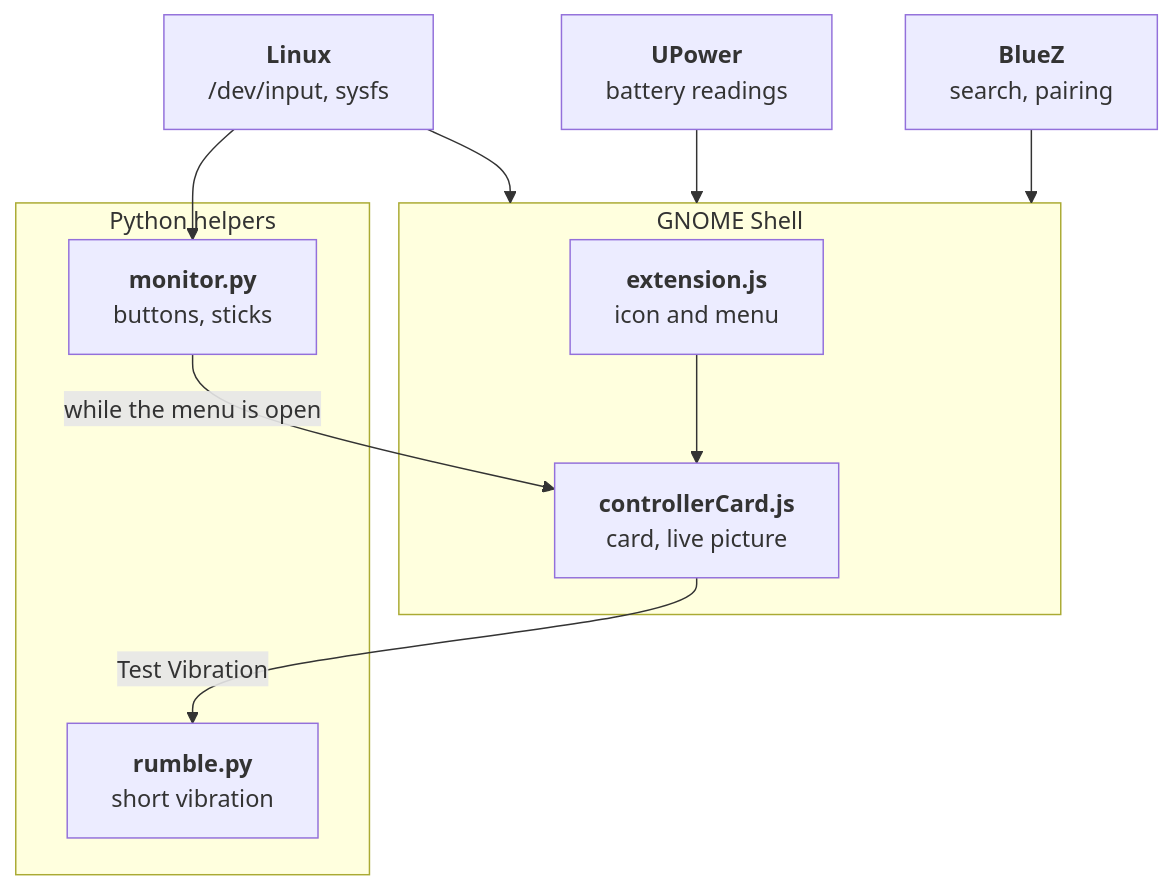
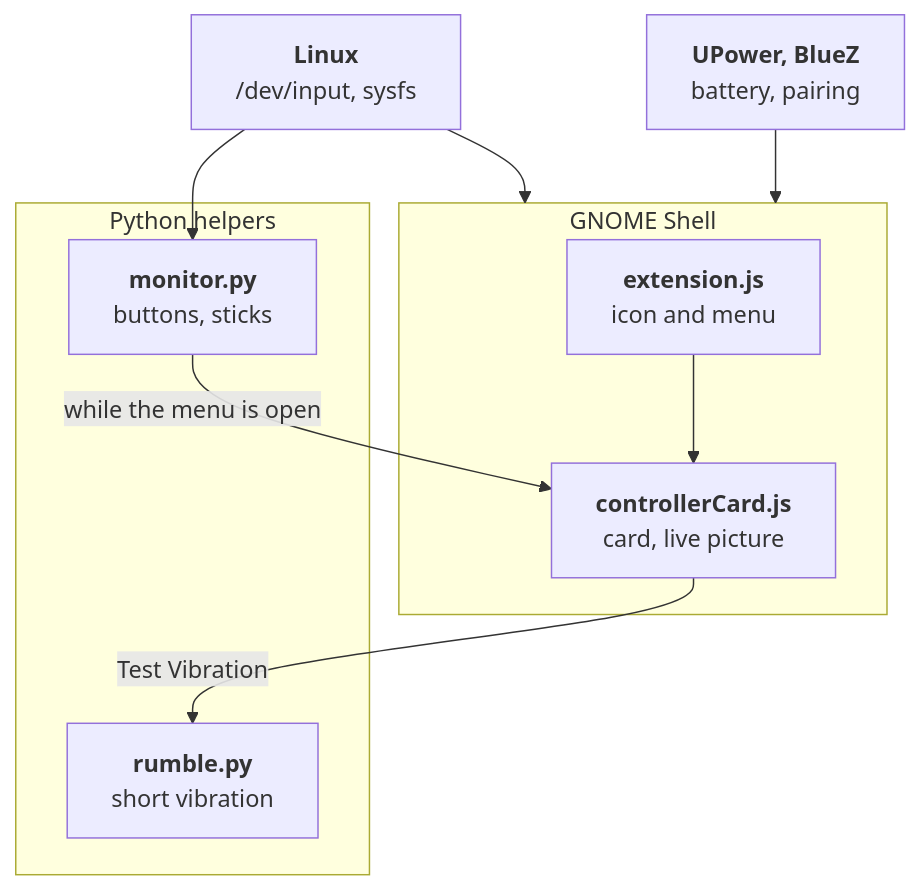
One commit to NahuelGenchi/padlight changed the first of 2 diagrams in README.md. Above: the diagram before and after it, drawn with Mermaid.

Commit message:
docs: keep the diagram two boxes wide, with BlueZ beside UPower (#31)

````diff
--- a/README.md
+++ b/README.md
@@ -201,21 +201,19 @@
 ```mermaid
 flowchart TB
     kernel["<b>Linux</b><br/>/dev/input, sysfs"]
-    upower["<b>UPower</b><br/>battery readings"]
-    bluez["<b>BlueZ</b><br/>search, pairing"]
+    services["<b>UPower, BlueZ</b><br/>battery, pairing"]
     subgraph shell["GNOME Shell"]
         ext["<b>extension.js</b><br/>icon and menu"]
         card["<b>controllerCard.js</b><br/>card, live picture"]
     end
     subgraph helpers["Python helpers"]
         monitor["<b>monitor.py</b><br/>buttons, sticks"]
         rumble["<b>rumble.py</b><br/>short vibration"]
     end
     kernel --> shell
-    upower --> shell
-    bluez --> shell
+    services --> shell
     ext --> card
     kernel --> monitor
     monitor -->|"while the menu is open"| card
     card -->|"Test Vibration"| rumble
 ```
````
